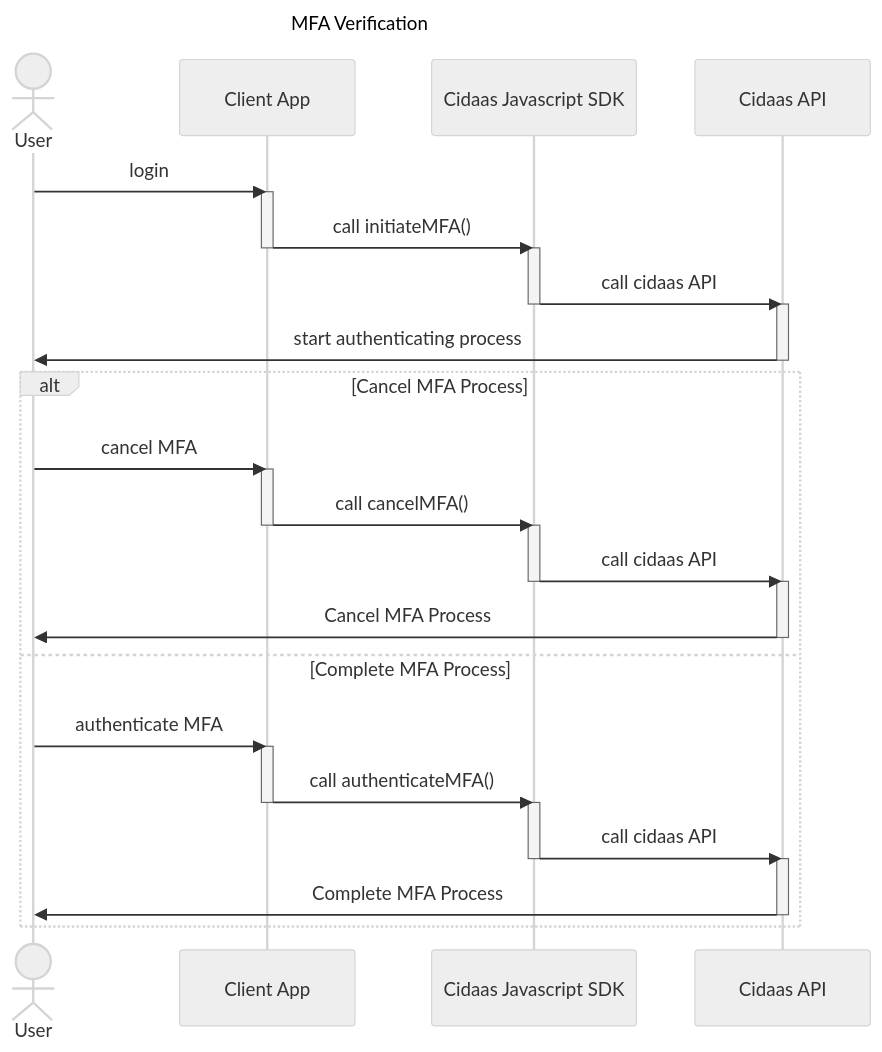
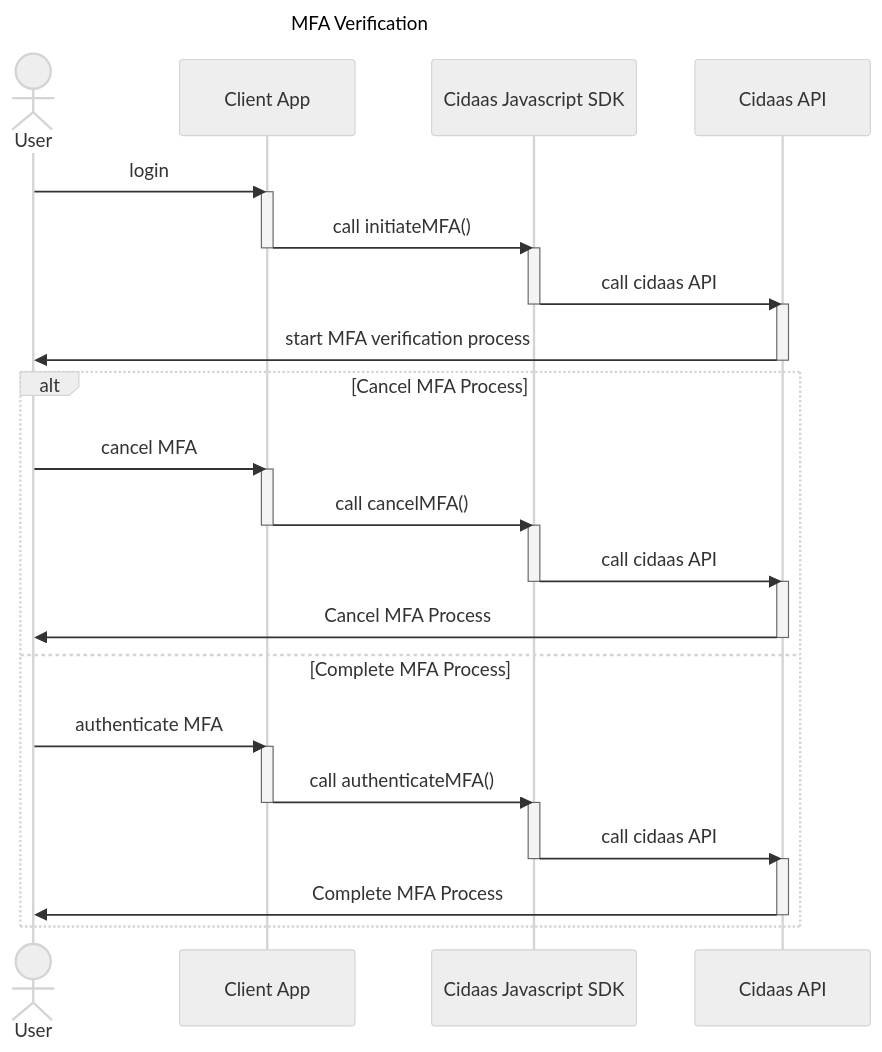
Before and after one commit to cidaas/cidaas-javascript-sdk: the first of 2 diagrams in overview/multifactor-authentication.md, drawn with Mermaid (neutral theme). The commit also changed other lines of this file and 5 other files, not shown here.

````diff
--- a/overview/multifactor-authentication.md
+++ b/overview/multifactor-authentication.md
@@ -14,55 +14,55 @@
 ```mermaid
 ---
 title: MFA Verification
 ---
 sequenceDiagram
   Actor User 
   participant ClientApp as Client App
   participant CidaasSDK as Cidaas Javascript SDK
   participant CidaasAPI as Cidaas API
 
 User ->> ClientApp: login
 
 activate ClientApp
 ClientApp ->> CidaasSDK: call initiateMFA()
 deactivate ClientApp
 
 activate CidaasSDK
 CidaasSDK ->> CidaasAPI: call cidaas API
 deactivate CidaasSDK
 
 activate CidaasAPI
-CidaasAPI ->> User: start authenticating process
+CidaasAPI ->> User: start MFA verification process
 deactivate CidaasAPI
 
 
 alt Cancel MFA Process
     User ->> ClientApp: cancel MFA
 
     activate ClientApp
     ClientApp ->> CidaasSDK: call cancelMFA()
     deactivate ClientApp
 
     activate CidaasSDK
     CidaasSDK ->> CidaasAPI: call cidaas API
     deactivate CidaasSDK
 
     activate CidaasAPI
     CidaasAPI ->> User: Cancel MFA Process
     deactivate CidaasAPI
 else Complete MFA Process
     User ->> ClientApp: authenticate MFA
 
     activate ClientApp
     ClientApp ->> CidaasSDK: call authenticateMFA()
     deactivate ClientApp
 
     activate CidaasSDK
     CidaasSDK ->> CidaasAPI: call cidaas API
     deactivate CidaasSDK
 
     activate CidaasAPI
     CidaasAPI ->> User: Complete MFA Process
     deactivate CidaasAPI
 end
 ```
````
